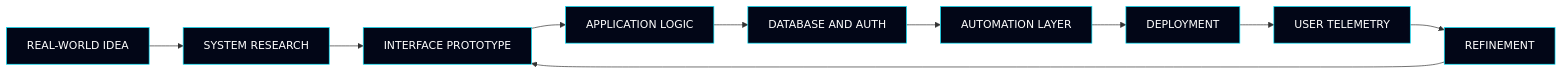
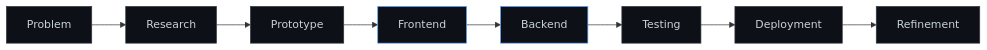
One commit to EthicalLemon/EthicalLemon changed the diagram in README.md. Above: the diagram before and after it, drawn with Mermaid. The commit also changed other lines of this file, not shown here.

````diff
--- a/README.md
+++ b/README.md
@@ -263,22 +176,19 @@
 ```mermaid
 flowchart LR
-    A["REAL-WORLD IDEA"] --> B["SYSTEM RESEARCH"]
-    B --> C["INTERFACE PROTOTYPE"]
-    C --> D["APPLICATION LOGIC"]
-    D --> E["DATABASE AND AUTH"]
-    E --> F["AUTOMATION LAYER"]
-    F --> G["DEPLOYMENT"]
-    G --> H["USER TELEMETRY"]
-    H --> I["REFINEMENT"]
-    I --> C
+    A[Problem] --> B[Research]
+    B --> C[Prototype]
+    C --> D[Frontend]
+    D --> E[Backend]
+    E --> F[Testing]
+    F --> G[Deployment]
+    G --> H[Refinement]
 
-    style A fill:#020617,stroke:#00e5ff,color:#ffffff
-    style B fill:#020617,stroke:#00e5ff,color:#ffffff
-    style C fill:#020617,stroke:#00e5ff,color:#ffffff
-    style D fill:#020617,stroke:#00e5ff,color:#ffffff
-    style E fill:#020617,stroke:#00e5ff,color:#ffffff
-    style F fill:#020617,stroke:#00e5ff,color:#ffffff
-    style G fill:#020617,stroke:#00e5ff,color:#ffffff
-    style H fill:#020617,stroke:#00e5ff,color:#ffffff
-    style I fill:#020617,stroke:#00e5ff,color:#ffffff
+    style A fill:#0d1117,stroke:#30363d,color:#c9d1d9
+    style B fill:#0d1117,stroke:#30363d,color:#c9d1d9
+    style C fill:#0d1117,stroke:#30363d,color:#c9d1d9
+    style D fill:#0d1117,stroke:#58a6ff,color:#c9d1d9
+    style E fill:#0d1117,stroke:#58a6ff,color:#c9d1d9
+    style F fill:#0d1117,stroke:#30363d,color:#c9d1d9
+    style G fill:#0d1117,stroke:#30363d,color:#c9d1d9
+    style H fill:#0d1117,stroke:#30363d,color:#c9d1d9
 ```
````
